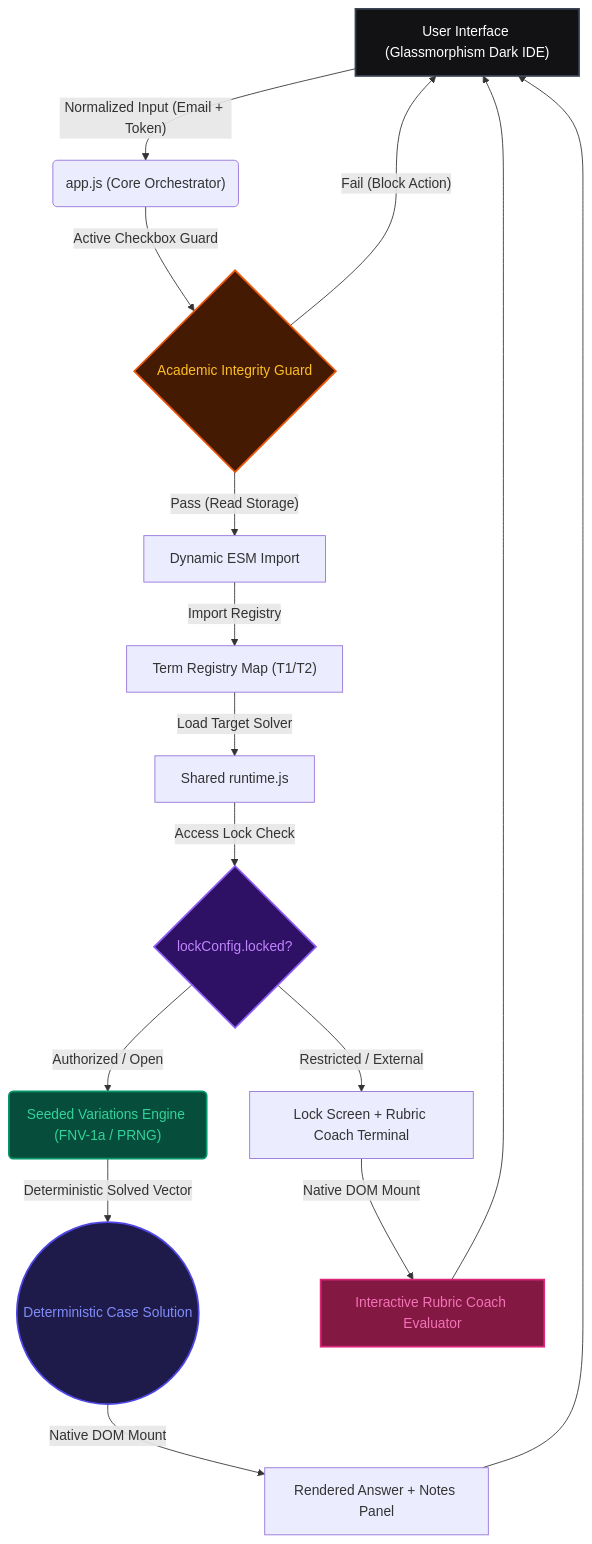
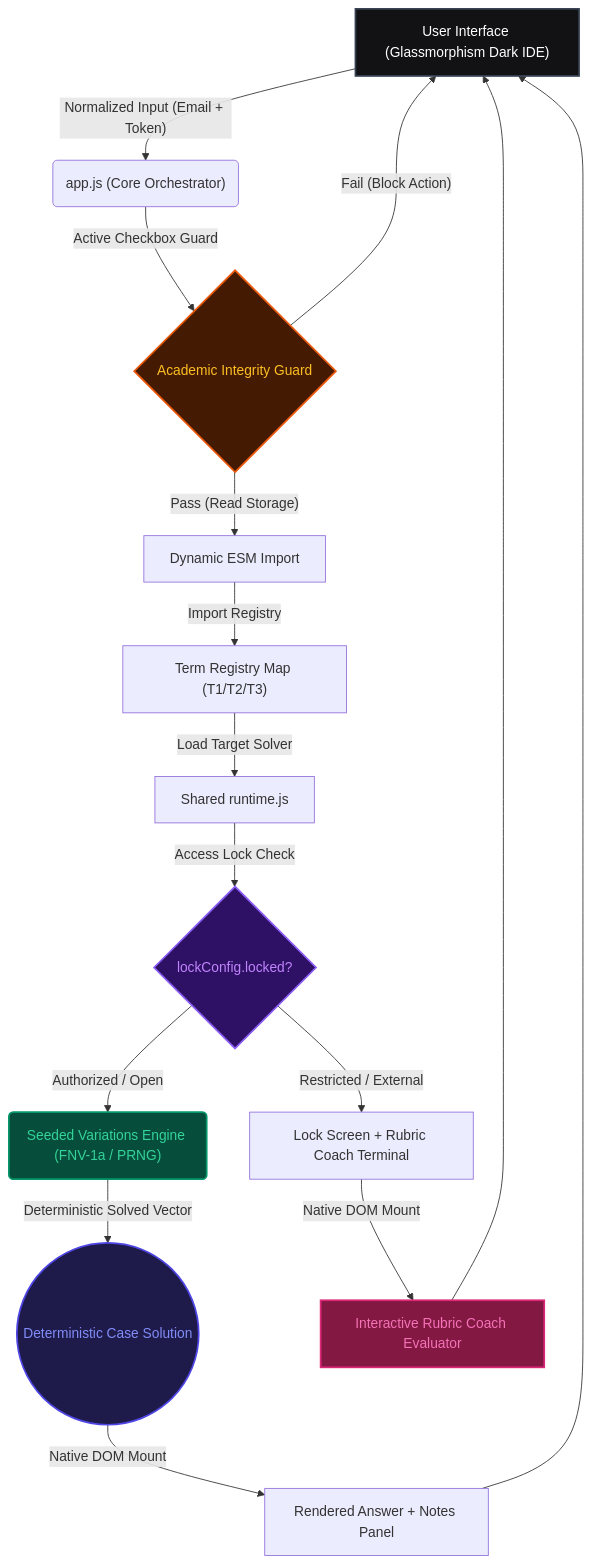
One commit to GyaanFlow/tds-roe-solver-t12026 changed the diagram in README.md. Above: the diagram before and after it, drawn with Mermaid. The commit also changed other lines of this file and 1 other file, not shown here.

````diff
--- a/README.md
+++ b/README.md
@@ -26,24 +26,24 @@
 ```mermaid
 graph TD
     A["User Interface (Glassmorphism Dark IDE)"] -->|"Normalized Input (Email + Token)"| B("app.js (Core Orchestrator)")
     B -->|"Active Checkbox Guard"| C{"Academic Integrity Guard"}
     C -->|"Pass (Read Storage)"| D["Dynamic ESM Import"]
     C -->|"Fail (Block Action)"| A
-    D -->|"Import Registry"| E["Term Registry Map (T1/T2)"]
+    D -->|"Import Registry"| E["Term Registry Map (T1/T2/T3)"]
     E -->|"Load Target Solver"| F["Shared runtime.js"]
     F -->|"Access Lock Check"| G{"lockConfig.locked?"}
     G -->|"Authorized / Open"| H("Seeded Variations Engine (FNV-1a / PRNG)")
     G -->|"Restricted / External"| I["Lock Screen + Rubric Coach Terminal"]
     H -->|"Deterministic Solved Vector"| J(("Deterministic Case Solution"))
     J -->|"Native DOM Mount"| K["Rendered Answer + Notes Panel"]
     I -->|"Native DOM Mount"| L["Interactive Rubric Coach Evaluator"]
     K --> A
     L --> A
 
     style A fill:#121214,stroke:#374151,stroke-width:2px,color:#fff
     style C fill:#451a03,stroke:#ea580c,stroke-width:2px,color:#fbbf24
     style G fill:#2e1065,stroke:#8b5cf6,stroke-width:2px,color:#c084fc
     style H fill:#064e3b,stroke:#059669,stroke-width:2px,color:#34d399
     style J fill:#1e1b4b,stroke:#4f46e5,stroke-width:2px,color:#818cf8
     style L fill:#831843,stroke:#db2777,stroke-width:2px,color:#f472b6
 ```
````
